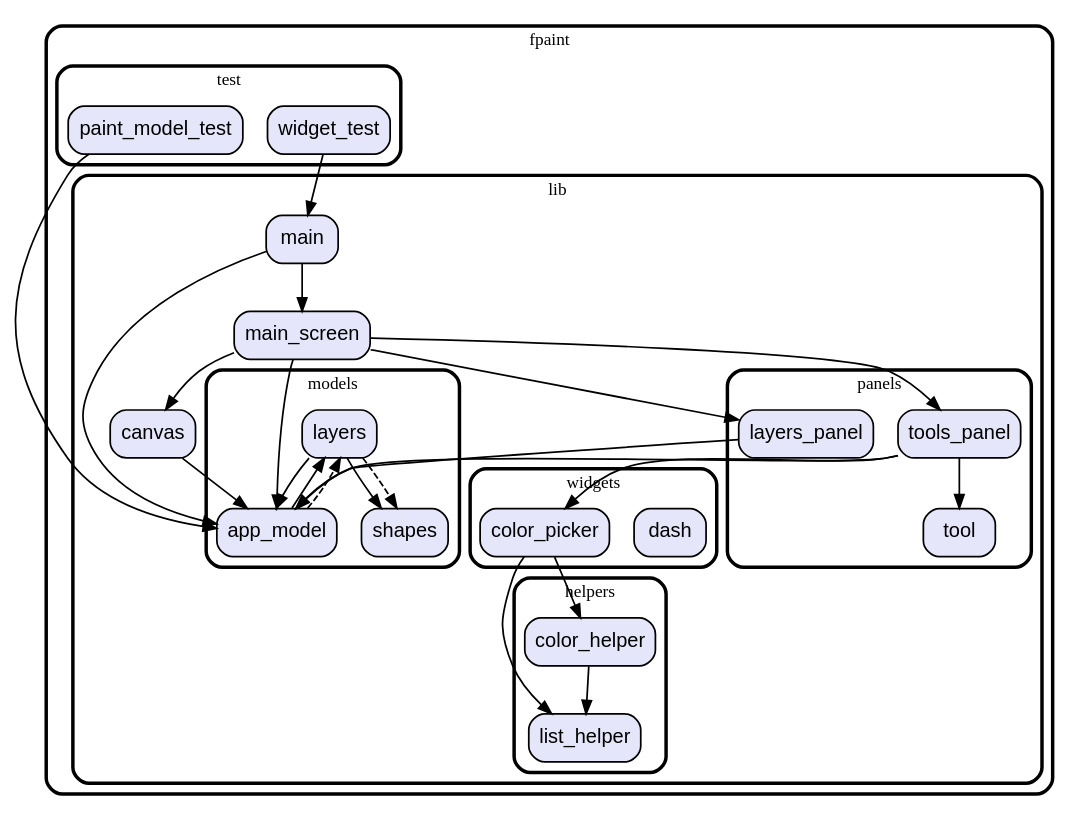
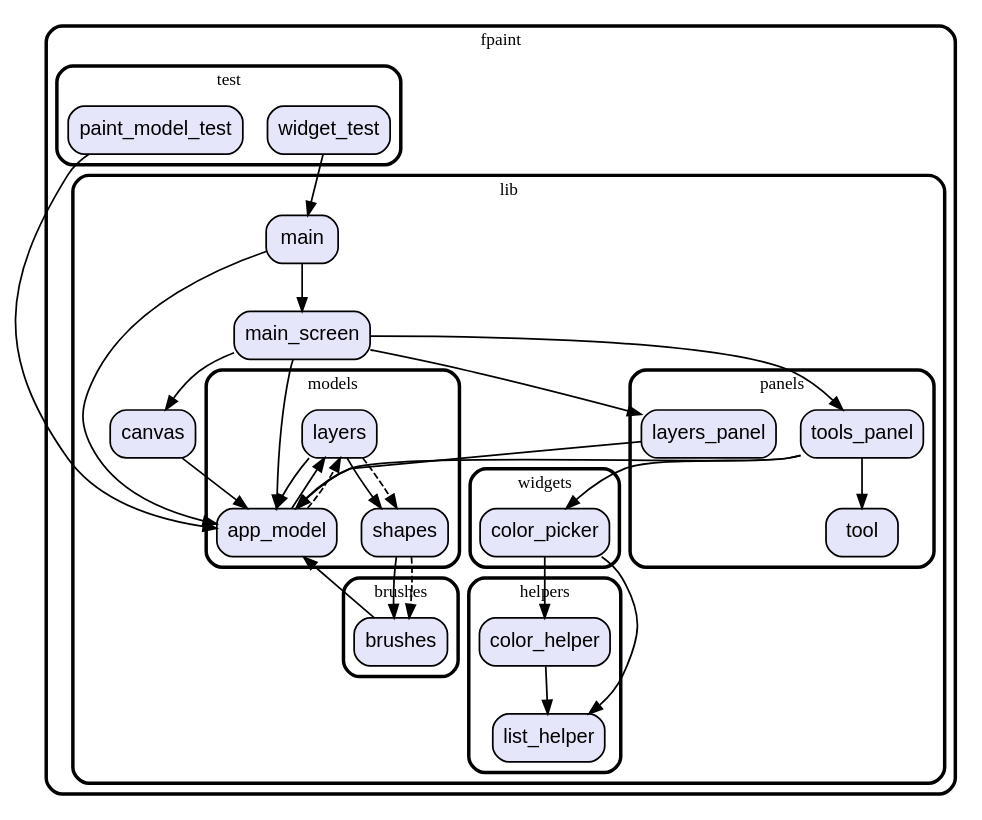
Before and after one commit to vteam-com/fPaint: the diagram in graph.dot, drawn with Graphviz. The commit also changed 6 other files, not shown here.

```diff
--- a/graph.dot
+++ b/graph.dot
@@ -1,77 +1,83 @@
 digraph "" {
   graph [style=rounded fontname="Arial Black" fontsize=13 penwidth=2.6];
   node [shape=rect style="filled,rounded" fontname=Arial fontsize=15 fillcolor=Lavender penwidth=1.3];
   edge [penwidth=1.3];
   "/test/paint_model_test.dart" [label="paint_model_test"];
   "/test/widget_test.dart" [label="widget_test"];
+  "/lib/brushes/brushes.dart" [label="brushes"];
   "/lib/panels/tools_panel.dart" [label="tools_panel"];
   "/lib/panels/layers_panel.dart" [label="layers_panel"];
   "/lib/panels/tool.dart" [label="tool"];
   "/lib/models/layers.dart" [label="layers"];
   "/lib/models/shapes.dart" [label="shapes"];
   "/lib/models/app_model.dart" [label="app_model"];
   "/lib/main.dart" [label="main"];
   "/lib/canvas.dart" [label="canvas"];
   "/lib/main_screen.dart" [label="main_screen"];
   "/lib/helpers/list_helper.dart" [label="list_helper"];
   "/lib/helpers/color_helper.dart" [label="color_helper"];
-  "/lib/widgets/dash.dart" [label="dash"];
   "/lib/widgets/color_picker.dart" [label="color_picker"];
   subgraph "cluster~" {
     label="fpaint";
     subgraph "cluster~/test" {
       label="test";
       "/test/paint_model_test.dart";
       "/test/widget_test.dart";
     }
     subgraph "cluster~/lib" {
       label="lib";
       "/lib/main.dart";
       "/lib/canvas.dart";
       "/lib/main_screen.dart";
+      subgraph "cluster~/lib/brushes" {
+        label="brushes";
+        "/lib/brushes/brushes.dart";
+      }
       subgraph "cluster~/lib/panels" {
         label="panels";
         "/lib/panels/tools_panel.dart";
         "/lib/panels/layers_panel.dart";
         "/lib/panels/tool.dart";
       }
       subgraph "cluster~/lib/models" {
         label="models";
         "/lib/models/layers.dart";
         "/lib/models/shapes.dart";
         "/lib/models/app_model.dart";
       }
       subgraph "cluster~/lib/helpers" {
         label="helpers";
         "/lib/helpers/list_helper.dart";
         "/lib/helpers/color_helper.dart";
       }
       subgraph "cluster~/lib/widgets" {
         label="widgets";
-        "/lib/widgets/dash.dart";
         "/lib/widgets/color_picker.dart";
       }
     }
   }
   "/test/paint_model_test.dart" -> "/lib/models/app_model.dart";
   "/test/widget_test.dart" -> "/lib/main.dart";
+  "/lib/brushes/brushes.dart" -> "/lib/models/app_model.dart";
   "/lib/panels/tools_panel.dart" -> "/lib/models/app_model.dart";
   "/lib/panels/tools_panel.dart" -> "/lib/panels/tool.dart";
   "/lib/panels/tools_panel.dart" -> "/lib/widgets/color_picker.dart";
   "/lib/panels/layers_panel.dart" -> "/lib/models/app_model.dart";
   "/lib/models/layers.dart" -> "/lib/models/app_model.dart";
   "/lib/models/layers.dart" -> "/lib/models/shapes.dart";
   "/lib/models/layers.dart" -> "/lib/models/shapes.dart" [style=dashed];
+  "/lib/models/shapes.dart" -> "/lib/brushes/brushes.dart";
+  "/lib/models/shapes.dart" -> "/lib/brushes/brushes.dart" [style=dashed];
   "/lib/models/app_model.dart" -> "/lib/models/layers.dart";
   "/lib/models/app_model.dart" -> "/lib/models/layers.dart" [style=dashed];
   "/lib/main.dart" -> "/lib/main_screen.dart";
   "/lib/main.dart" -> "/lib/models/app_model.dart";
   "/lib/canvas.dart" -> "/lib/models/app_model.dart";
   "/lib/main_screen.dart" -> "/lib/canvas.dart";
   "/lib/main_screen.dart" -> "/lib/panels/layers_panel.dart";
   "/lib/main_screen.dart" -> "/lib/panels/tools_panel.dart";
   "/lib/main_screen.dart" -> "/lib/models/app_model.dart";
   "/lib/helpers/color_helper.dart" -> "/lib/helpers/list_helper.dart";
   "/lib/widgets/color_picker.dart" -> "/lib/helpers/color_helper.dart";
   "/lib/widgets/color_picker.dart" -> "/lib/helpers/list_helper.dart";
 }
```
